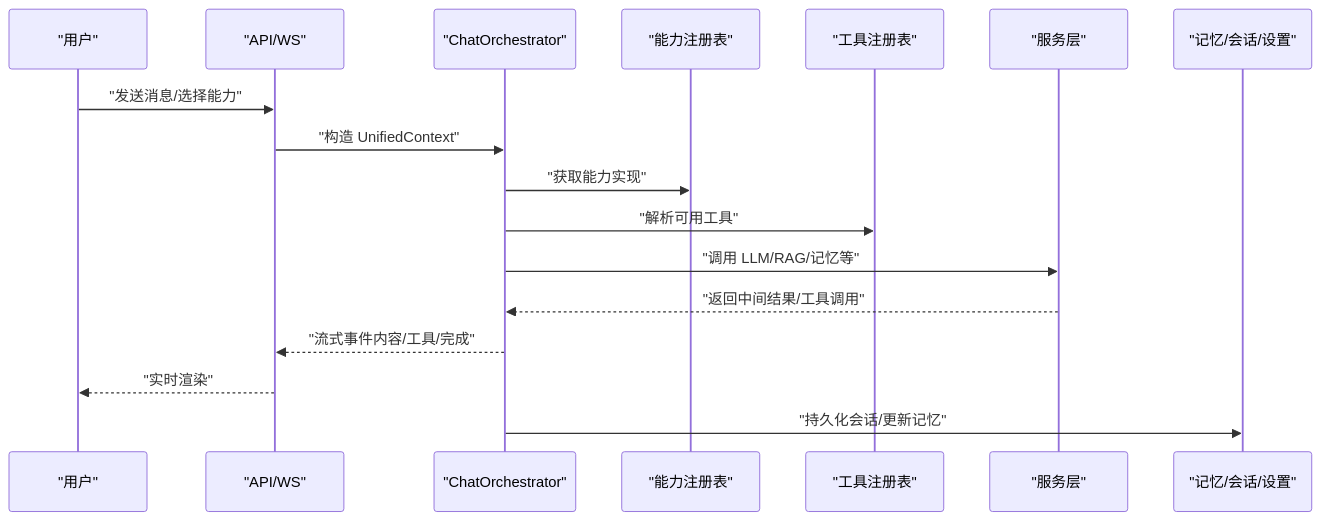
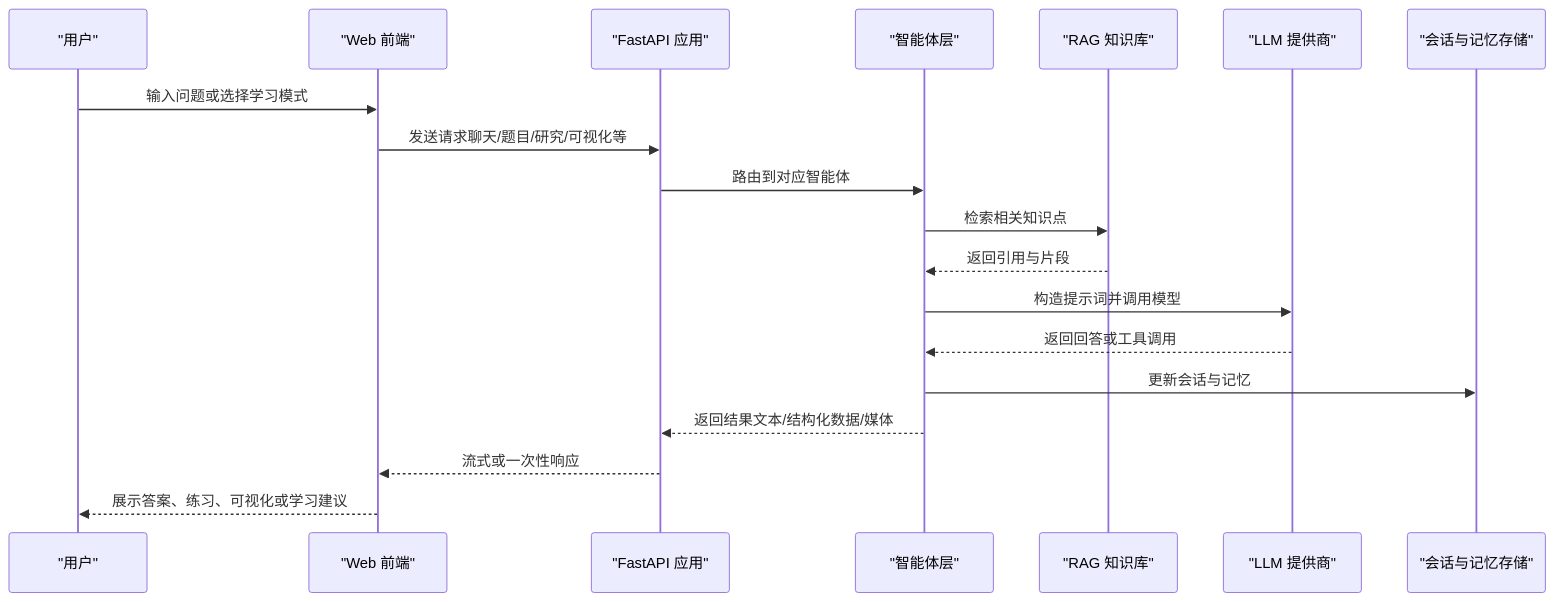
The second of 5 diagrams in .qoder/repowiki/zh/content/项目概述/项目介绍与目标.md (gongzili456/DeepTutor), drawn with Mermaid before and after one commit. The commit also changed other lines of this file and 1242 other files, not shown here.

````diff
--- a/.qoder/repowiki/zh/content/项目概述/项目介绍与目标.md
+++ b/.qoder/repowiki/zh/content/项目概述/项目介绍与目标.md
@@ -89,19 +103,21 @@
 ```mermaid
 sequenceDiagram
-participant U as "用户"
-participant API as "API/WS"
-participant O as "ChatOrchestrator"
-participant CR as "能力注册表"
-participant TR as "工具注册表"
-participant S as "服务层"
-participant M as "记忆/会话/设置"
-U->>API : "发送消息/选择能力"
-API->>O : "构造 UnifiedContext"
-O->>CR : "获取能力实现"
-O->>TR : "解析可用工具"
-O->>S : "调用 LLM/RAG/记忆等"
-S-->>O : "返回中间结果/工具调用"
-O-->>API : "流式事件内容/工具/完成"
-API-->>U : "实时渲染"
-O->>M : "持久化会话/更新记忆"
+participant User as "用户"
+participant Web as "Web 前端"
+participant API as "FastAPI 应用"
+participant Agent as "智能体层"
+participant RAG as "RAG 知识库"
+participant LLM as "LLM 提供商"
+participant Store as "会话与记忆存储"
+User->>Web : 输入问题或选择学习模式
+Web->>API : 发送请求聊天/题目/研究/可视化等
+API->>Agent : 路由到对应智能体
+Agent->>RAG : 检索相关知识点
+RAG-->>Agent : 返回引用与片段
+Agent->>LLM : 构造提示词并调用模型
+LLM-->>Agent : 返回回答或工具调用
+Agent->>Store : 更新会话与记忆
+Agent-->>API : 返回结果文本/结构化数据/媒体
+API-->>Web : 流式或一次性响应
+Web-->>User : 展示答案、练习、可视化或学习建议
 ```
````
